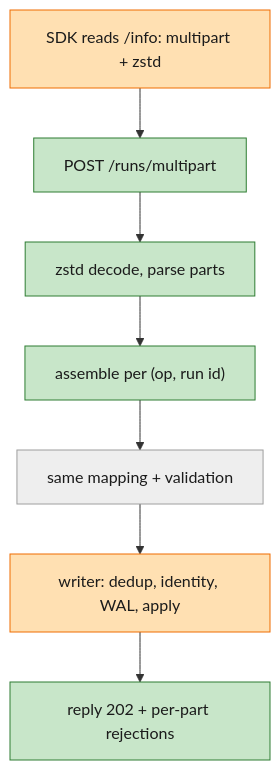
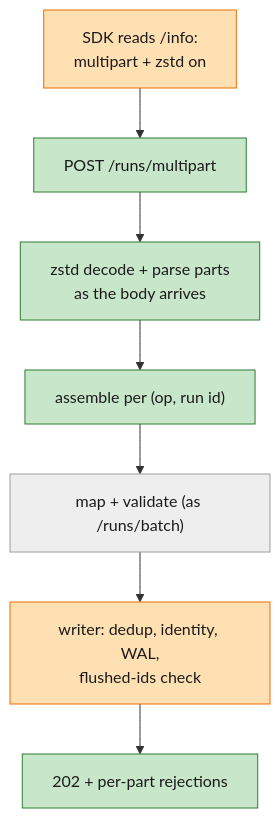
The second of 11 diagrams in specs/003-m3-search-aggregates-speed/starter-guide.md (liukai/smithling), drawn with Mermaid before and after one commit. The commit also changed other lines of this file, not shown here.

````diff
--- a/specs/003-m3-search-aggregates-speed/starter-guide.md
+++ b/specs/003-m3-search-aggregates-speed/starter-guide.md
@@ -63,14 +69,14 @@
 ```mermaid
 flowchart TB
-    A["SDK reads /info: multipart + zstd"]:::revised
+    A["SDK reads /info:<br/>multipart + zstd on"]:::revised
     B["POST /runs/multipart"]:::new
-    C["zstd decode, parse parts"]:::new
+    C["zstd decode + parse parts<br/>as the body arrives"]:::new
     D["assemble per (op, run id)"]:::new
-    E["same mapping + validation"]:::old
-    F["writer: dedup, identity, WAL, apply"]:::revised
-    G["reply 202 + per-part rejections"]:::new
+    E["map + validate (as /runs/batch)"]:::old
+    F["writer: dedup, identity, WAL,<br/>flushed-ids check"]:::revised
+    G["202 + per-part rejections"]:::new
     A --> B --> C --> D --> E --> F --> G
     classDef new fill:#c8e6c9,stroke:#2e7d32,color:#1b1b1b
     classDef revised fill:#ffe0b2,stroke:#ef6c00,color:#1b1b1b
     classDef old fill:#eeeeee,stroke:#9e9e9e,color:#1b1b1b
 ```
````
